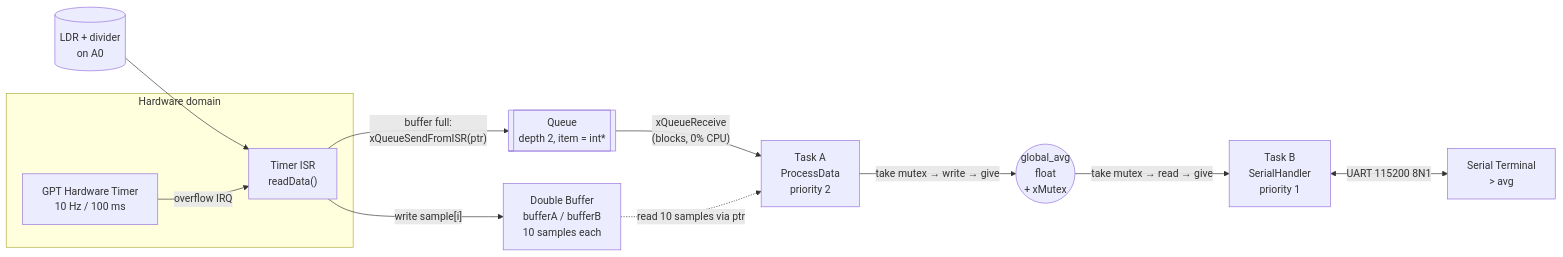
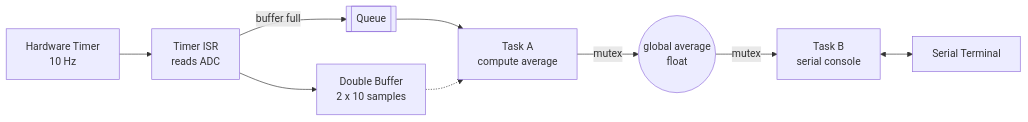
Before and after one commit to sushan-kumar/rtos-double-buffer-adc: the diagram in README.md, drawn with Mermaid. The commit also changed other lines of this file, not shown here.

````diff
--- a/README.md
+++ b/README.md
@@ -87,14 +25,11 @@
 ```mermaid
 flowchart LR
-    LDR[("LDR + divider<br/>on A0")] --> ISR
-    subgraph HW["Hardware domain"]
-        TMR["GPT Hardware Timer<br/>10 Hz / 100 ms"] -->|overflow IRQ| ISR["Timer ISR<br/>readData()"]
-    end
-    ISR -->|"write sample[i]"| BUF["Double Buffer<br/>bufferA / bufferB<br/>10 samples each"]
-    ISR -->|"buffer full:<br/>xQueueSendFromISR(ptr)"| Q[["Queue<br/>depth 2, item = int*"]]
-    Q -->|"xQueueReceive<br/>(blocks, 0% CPU)"| TA["Task A<br/>ProcessData<br/>priority 2"]
-    BUF -.->|"read 10 samples via ptr"| TA
-    TA -->|"take mutex → write → give"| G(("global_avg<br/>float<br/>+ xMutex"))
-    G -->|"take mutex → read → give"| TB["Task B<br/>SerialHandler<br/>priority 1"]
-    TB <-->|"UART 115200 8N1"| TERM["Serial Terminal<br/>> avg"]
+    T["Hardware Timer<br/>10 Hz"] --> ISR["Timer ISR<br/>reads ADC"]
+    ISR --> B["Double Buffer<br/>2 x 10 samples"]
+    ISR -->|"buffer full"| Q[["Queue"]]
+    Q --> A["Task A<br/>compute average"]
+    B -.-> A
+    A -->|"mutex"| G(("global average<br/>float"))
+    G -->|"mutex"| TB["Task B<br/>serial console"]
+    TB <--> S["Serial Terminal"]
 ```
````
